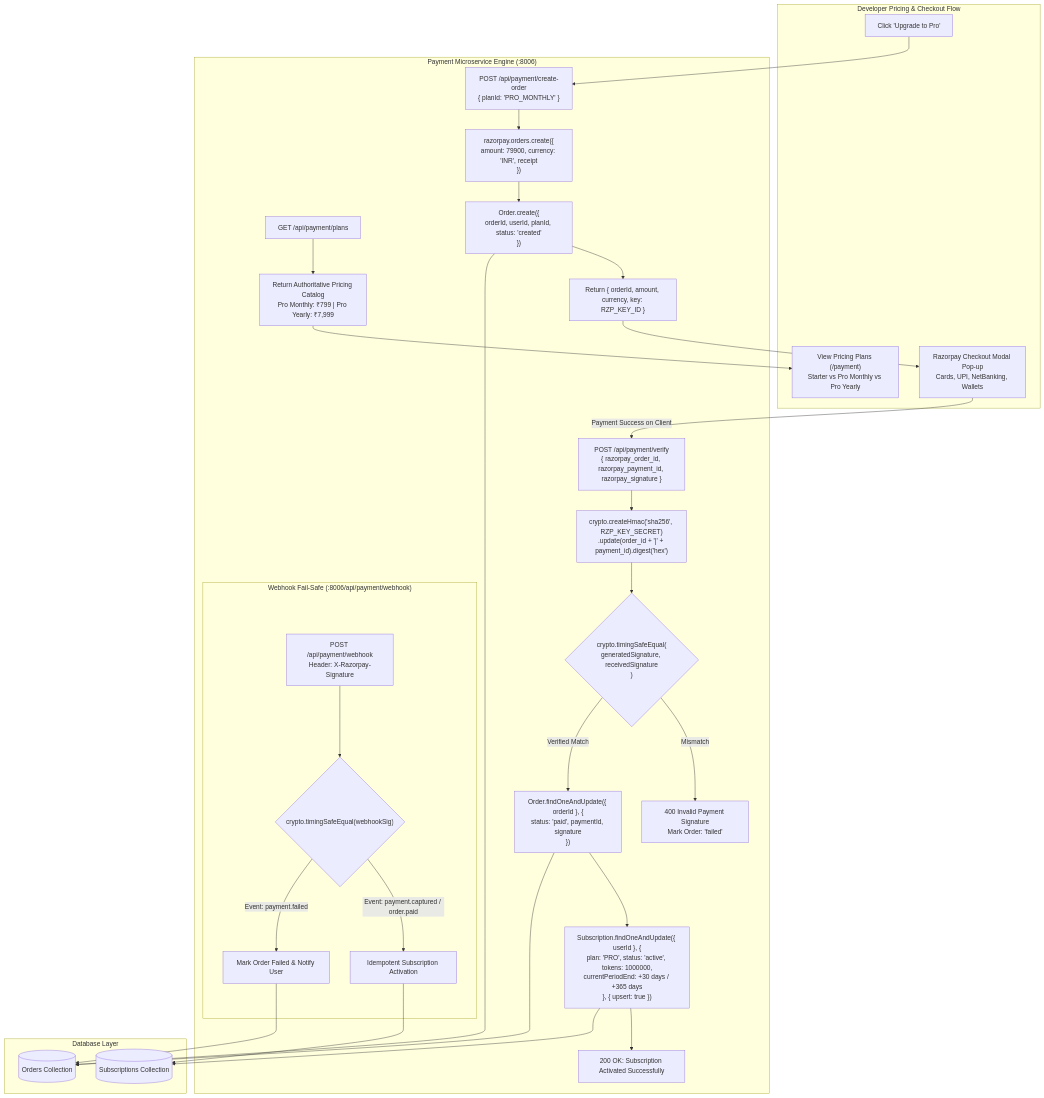
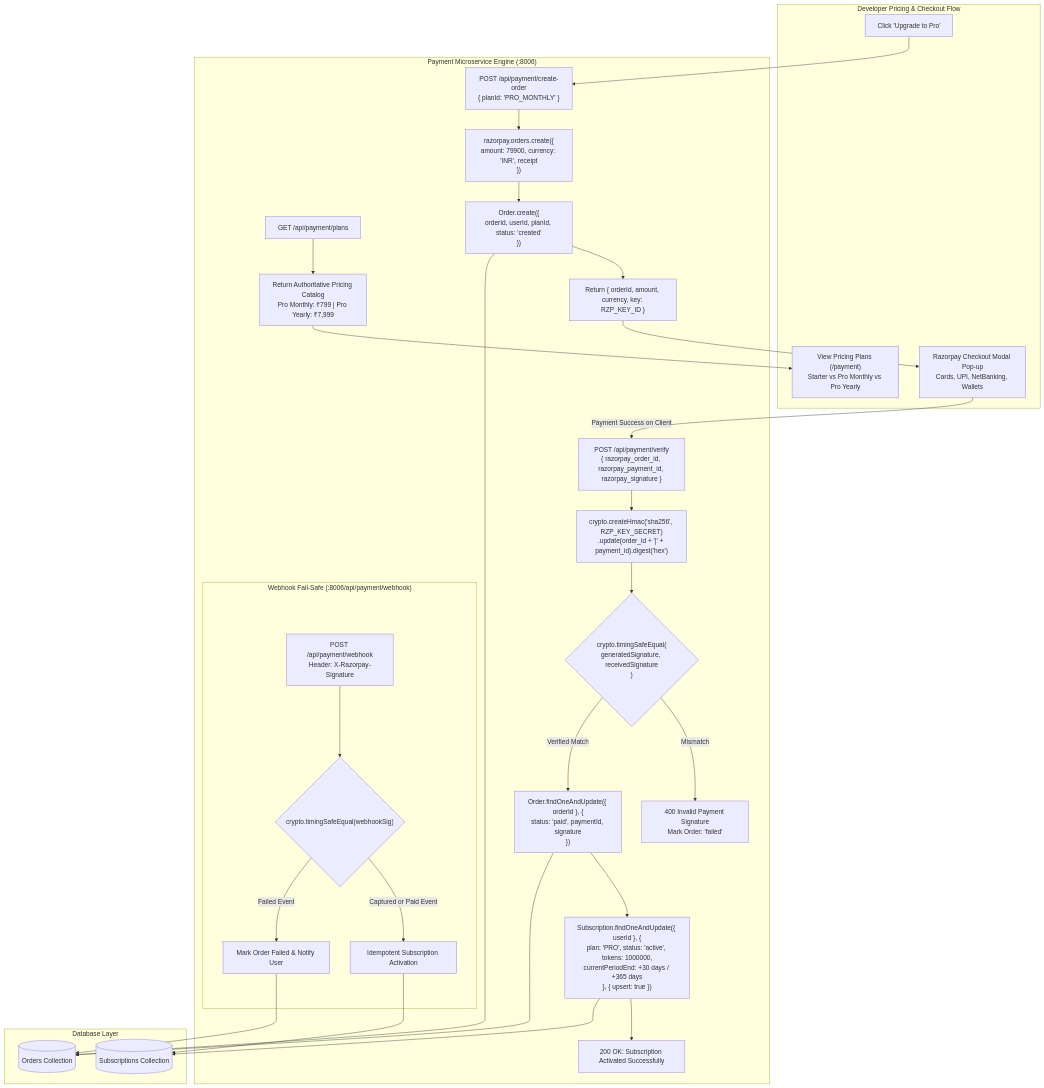
One commit to KRISHNA-0425/BHASHA changed diagram 13 of 16 in README.md. Above: the diagram before and after it, drawn with Mermaid. The commit also changed other lines of this file, not shown here.

Commit message:
fix(docs): resolve Mermaid flowchart edge syntax errors across all diagrams

````diff
--- a/README.md
+++ b/README.md
@@ -884,51 +884,51 @@
 ```mermaid
 flowchart TD
     subgraph UserInteraction["Developer Pricing & Checkout Flow"]
         VIEW_PRICING["View Pricing Plans (/payment)<br/>Starter vs Pro Monthly vs Pro Yearly"]
         CLICK_UPGRADE["Click 'Upgrade to Pro'"]
         RAZORPAY_MODAL["Razorpay Checkout Modal Pop-up<br/>Cards, UPI, NetBanking, Wallets"]
     end
 
     subgraph PaymentService["Payment Microservice Engine (:8006)"]
         GET_PLANS["GET /api/payment/plans"] --> RETURN_PLANS["Return Authoritative Pricing Catalog<br/>Pro Monthly: ₹799 | Pro Yearly: ₹7,999"]
         RETURN_PLANS --> VIEW_PRICING
 
         CLICK_UPGRADE --> CREATE_ORDER["POST /api/payment/create-order<br/>{ planId: 'PRO_MONTHLY' }"]
         CREATE_ORDER --> RZP_API["razorpay.orders.create({<br/>amount: 79900, currency: 'INR', receipt<br/>})"]
         RZP_API --> SAVE_ORDER_DB["Order.create({<br/>orderId, userId, planId, status: 'created'<br/>})"]
         SAVE_ORDER_DB --> RETURN_ORDER_KEYS["Return { orderId, amount, currency, key: RZP_KEY_ID }"]
         RETURN_ORDER_KEYS --> RAZORPAY_MODAL
 
         RAZORPAY_MODAL -->|Payment Success on Client| CLIENT_VERIFY["POST /api/payment/verify<br/>{ razorpay_order_id, razorpay_payment_id, razorpay_signature }"]
         
         CLIENT_VERIFY --> CRYPTO_HMAC["crypto.createHmac('sha256', RZP_KEY_SECRET)<br/>.update(order_id + '|' + payment_id).digest('hex')"]
         
         CRYPTO_HMAC --> TIMING_SAFE{"crypto.timingSafeEqual(<br/>generatedSignature, receivedSignature<br/>)"}
         
         TIMING_SAFE -->|Mismatch| REJECT_PAYMENT["400 Invalid Payment Signature<br/>Mark Order: 'failed'"]
         
         TIMING_SAFE -->|Verified Match| UPDATE_ORDER["Order.findOneAndUpdate({ orderId }, {<br/>status: 'paid', paymentId, signature<br/>})"]
         
         UPDATE_ORDER --> ACTIVATE_SUB["Subscription.findOneAndUpdate({ userId }, {<br/>plan: 'PRO', status: 'active', tokens: 1000000,<br/>currentPeriodEnd: +30 days / +365 days<br/>}, { upsert: true })"]
         
         ACTIVATE_SUB --> SUCCESS_RES["200 OK: Subscription Activated Successfully"]
 
         subgraph WebhookHandler["Webhook Fail-Safe (:8006/api/payment/webhook)"]
             RZP_WEBHOOK["POST /api/payment/webhook<br/>Header: X-Razorpay-Signature"]
             RZP_WEBHOOK --> VERIFY_WEBHOOK_SIG{"crypto.timingSafeEqual(webhookSig)"}
-            VERIFY_WEBHOOK_SIG -->|Event: payment.captured / order.paid| ASYNC_ACTIVATE["Idempotent Subscription Activation"]
-            VERIFY_WEBHOOK_SIG -->|Event: payment.failed| MARK_FAILED["Mark Order Failed & Notify User"]
+            VERIFY_WEBHOOK_SIG -->|Captured or Paid Event| ASYNC_ACTIVATE["Idempotent Subscription Activation"]
+            VERIFY_WEBHOOK_SIG -->|Failed Event| MARK_FAILED["Mark Order Failed & Notify User"]
         end
     end
 
     subgraph Databases["Database Layer"]
         ORDER_COLL[("Orders Collection")]
         SUB_COLL[("Subscriptions Collection")]
     end
 
     SAVE_ORDER_DB --> ORDER_COLL
     UPDATE_ORDER --> ORDER_COLL
     ACTIVATE_SUB --> SUB_COLL
     ASYNC_ACTIVATE --> SUB_COLL
     MARK_FAILED --> ORDER_COLL
 ```
````
